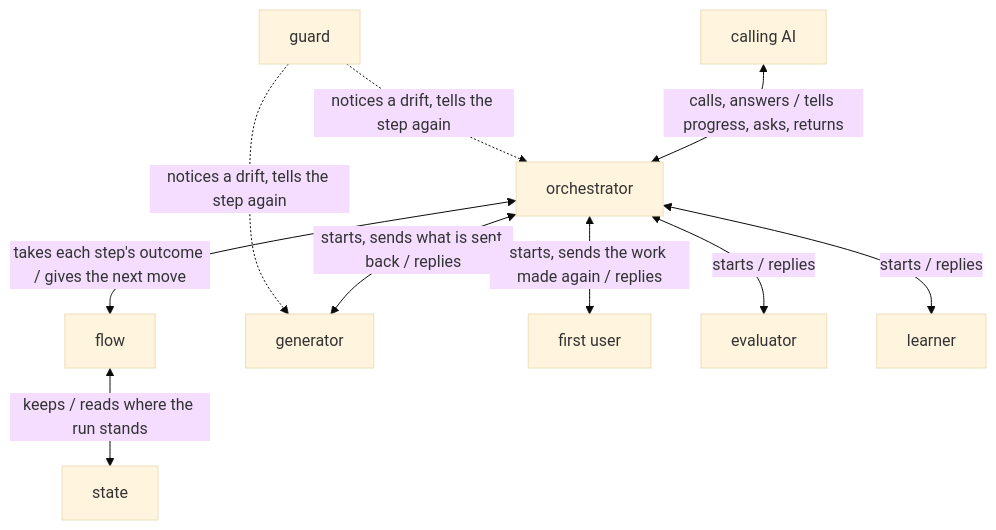
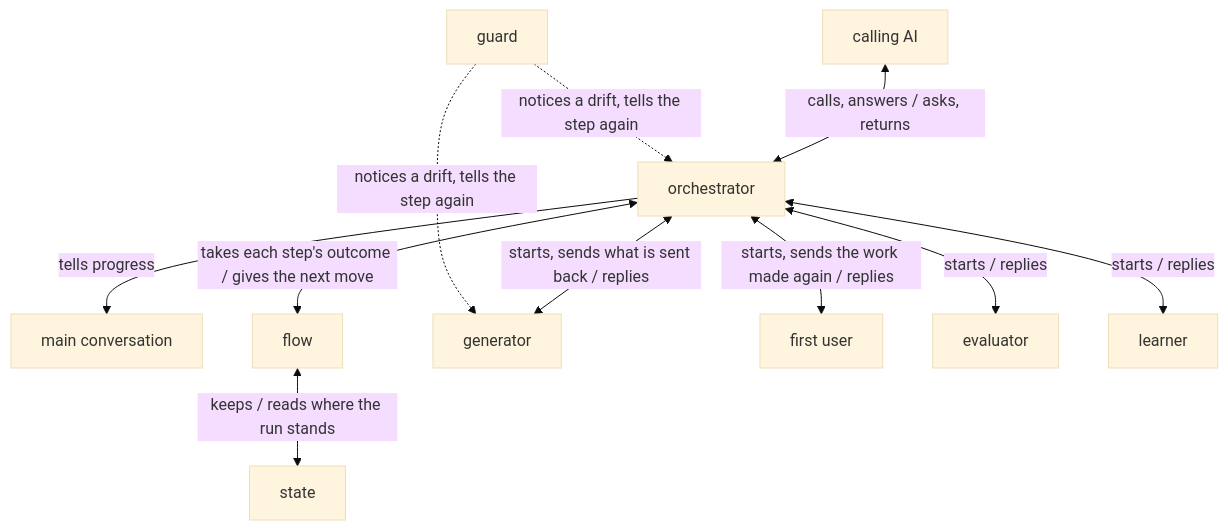
The diagram in dev/turn/design.md (lovaizu/ccpm), drawn with Mermaid (base theme) before and after one commit. The commit also changed other lines of this file and 7 other files, not shown here.

````diff
--- a/dev/turn/design.md
+++ b/dev/turn/design.md
@@ -32,21 +32,23 @@
 ```mermaid
 flowchart TB
   caller["calling AI"]
+  main["main conversation"]
   orch["orchestrator"]
   flow["flow"]
   state["state"]
   gen["generator"]
   fu["first user"]
   ev["evaluator"]
   le["learner"]
   guard["guard"]
-  caller <-->|calls, answers / tells progress, asks, returns| orch
+  caller <-->|calls, answers / asks, returns| orch
+  orch -->|tells progress| main
   orch <-->|takes each step's outcome / gives the next move| flow
   flow <-->|keeps / reads where the run stands| state
   orch <-->|starts, sends what is sent back / replies| gen
   orch <-->|starts, sends the work made again / replies| fu
   orch <-->|starts / replies| ev
   orch <-->|starts / replies| le
   guard -.->|notices a drift, tells the step again| orch
   guard -.->|notices a drift, tells the step again| gen
 ```
````
